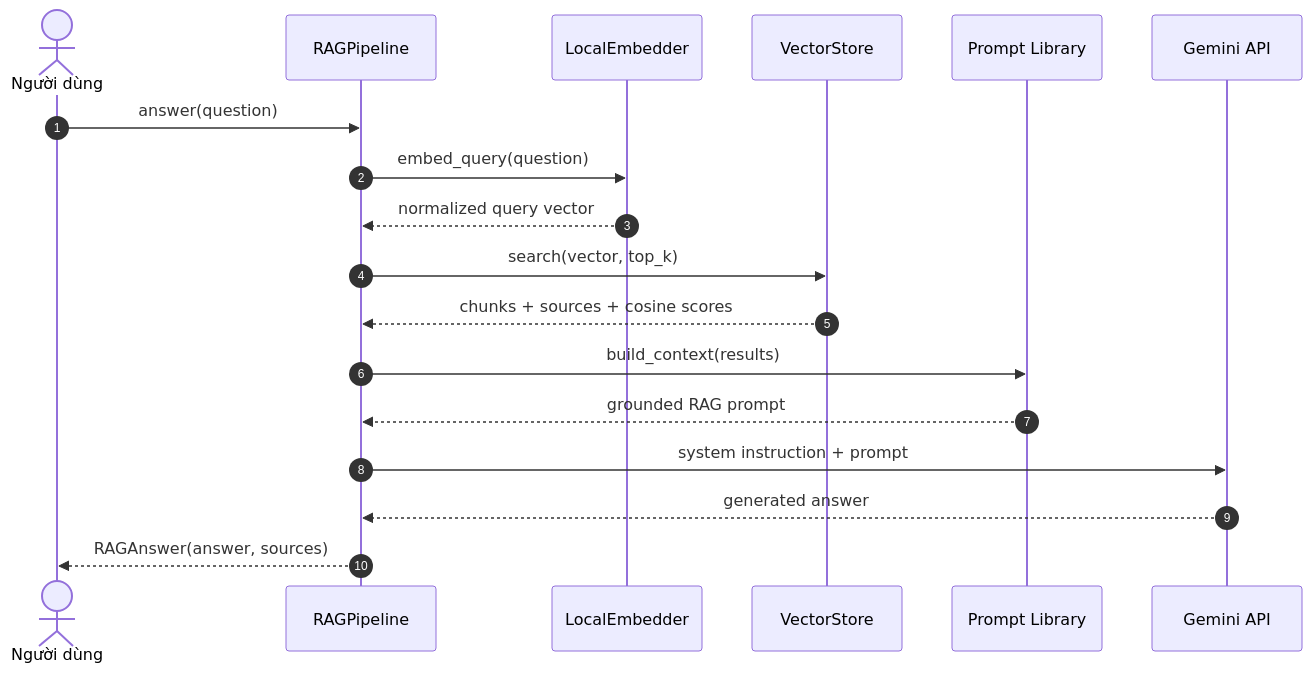
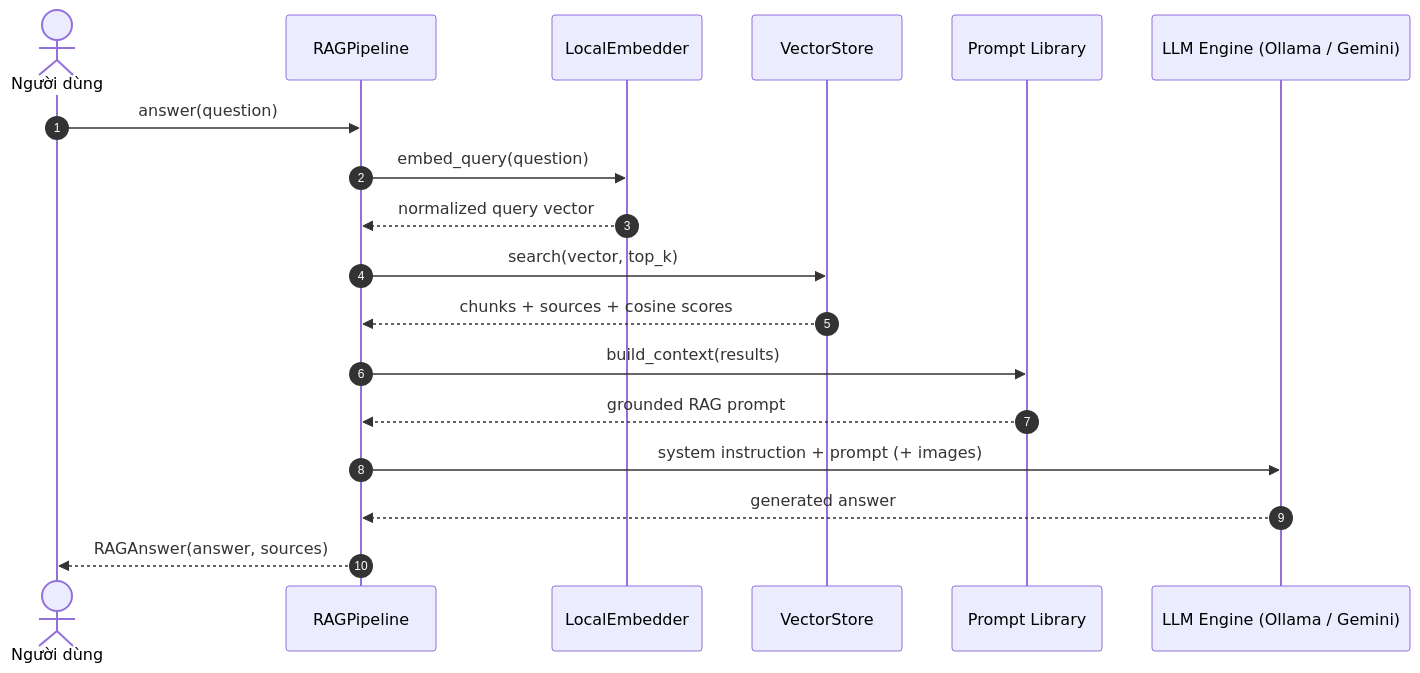
One commit to QuocTien004/RAG-from-zero changed the third of 3 diagrams in README.md. Above: the diagram before and after it, drawn with Mermaid. The commit also changed other lines of this file, not shown here.

Commit message:
docs: overhaul README with dual LLM provider, DOCX support, and multimodal guides

````diff
--- a/README.md
+++ b/README.md
@@ -185,21 +187,21 @@
 ```mermaid
 sequenceDiagram
     autonumber
     actor User as Người dùng
     participant Pipeline as RAGPipeline
     participant Embedder as LocalEmbedder
     participant Store as VectorStore
     participant Prompt as Prompt Library
-    participant Gemini as Gemini API
+    participant LLM as LLM Engine (Ollama / Gemini)
 
     User->>Pipeline: answer(question)
     Pipeline->>Embedder: embed_query(question)
     Embedder-->>Pipeline: normalized query vector
     Pipeline->>Store: search(vector, top_k)
     Store-->>Pipeline: chunks + sources + cosine scores
     Pipeline->>Prompt: build_context(results)
     Prompt-->>Pipeline: grounded RAG prompt
-    Pipeline->>Gemini: system instruction + prompt
-    Gemini-->>Pipeline: generated answer
+    Pipeline->>LLM: system instruction + prompt (+ images)
+    LLM-->>Pipeline: generated answer
     Pipeline-->>User: RAGAnswer(answer, sources)
 ```
````
